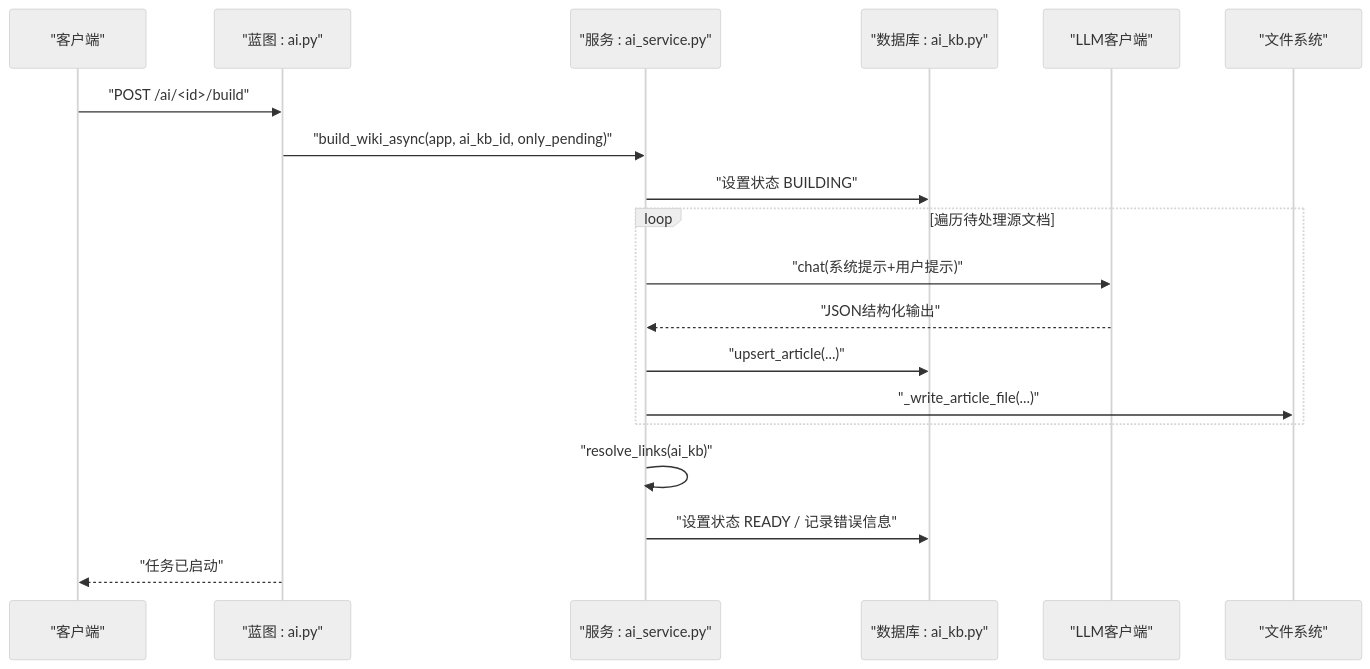
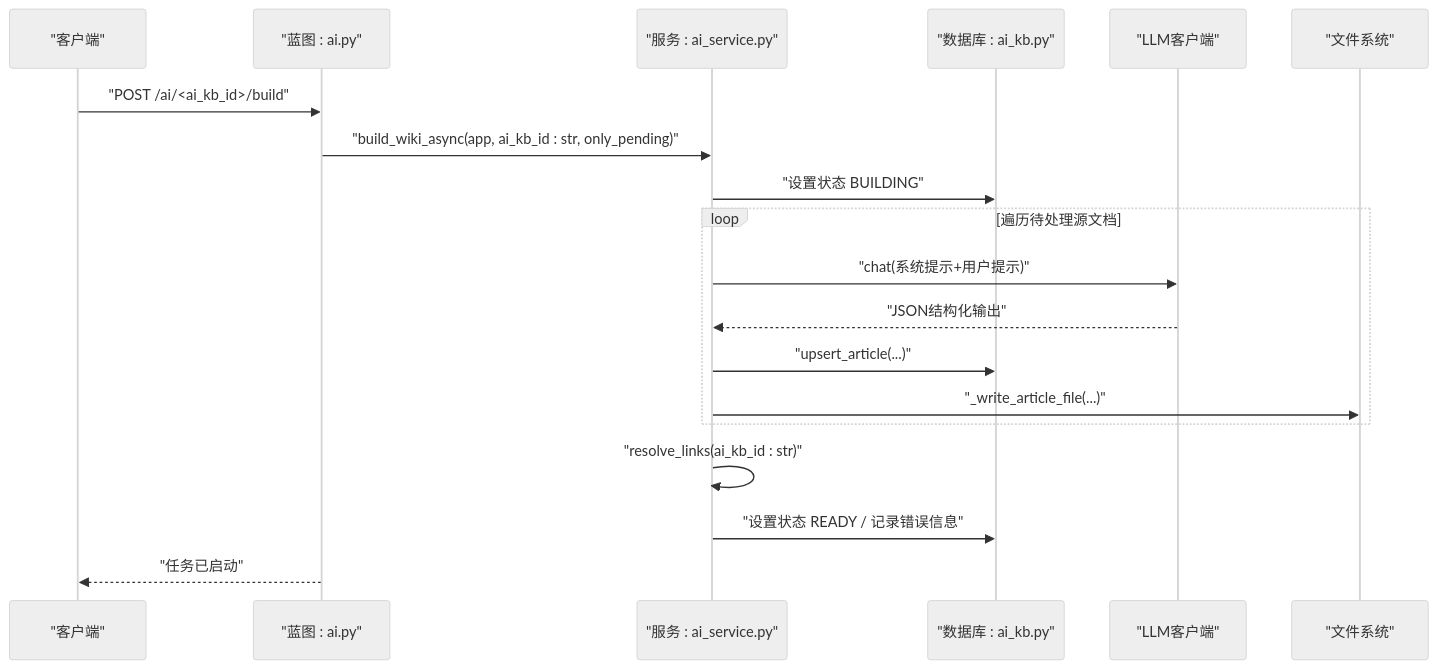
One commit to beyondalbert/my_wiki changed the second of 11 diagrams in .qoder/repowiki/zh/content/核心模块/AI知识库模块/AI知识库服务层.md. Above: the diagram before and after it, drawn with Mermaid (neutral theme). The commit also changed other lines of this file and 21 other files, not shown here.

````diff
--- a/.qoder/repowiki/zh/content/核心模块/AI知识库模块/AI知识库服务层.md
+++ b/.qoder/repowiki/zh/content/核心模块/AI知识库模块/AI知识库服务层.md
@@ -102,21 +111,21 @@
 ```mermaid
 sequenceDiagram
 participant Client as "客户端"
 participant BP as "蓝图 : ai.py"
 participant Svc as "服务 : ai_service.py"
 participant DB as "数据库 : ai_kb.py"
 participant LLM as "LLM客户端"
 participant FS as "文件系统"
-Client->>BP : "POST /ai/<id>/build"
-BP->>Svc : "build_wiki_async(app, ai_kb_id, only_pending)"
+Client->>BP : "POST /ai/<ai_kb_id>/build"
+BP->>Svc : "build_wiki_async(app, ai_kb_id : str, only_pending)"
 Svc->>DB : "设置状态 BUILDING"
 loop 遍历待处理源文档
 Svc->>LLM : "chat(系统提示+用户提示)"
 LLM-->>Svc : "JSON结构化输出"
 Svc->>DB : "upsert_article(...)"
 Svc->>FS : "_write_article_file(...)"
 end
-Svc->>Svc : "resolve_links(ai_kb)"
+Svc->>Svc : "resolve_links(ai_kb_id : str)"
 Svc->>DB : "设置状态 READY / 记录错误信息"
 BP-->>Client : "任务已启动"
 ```
````
